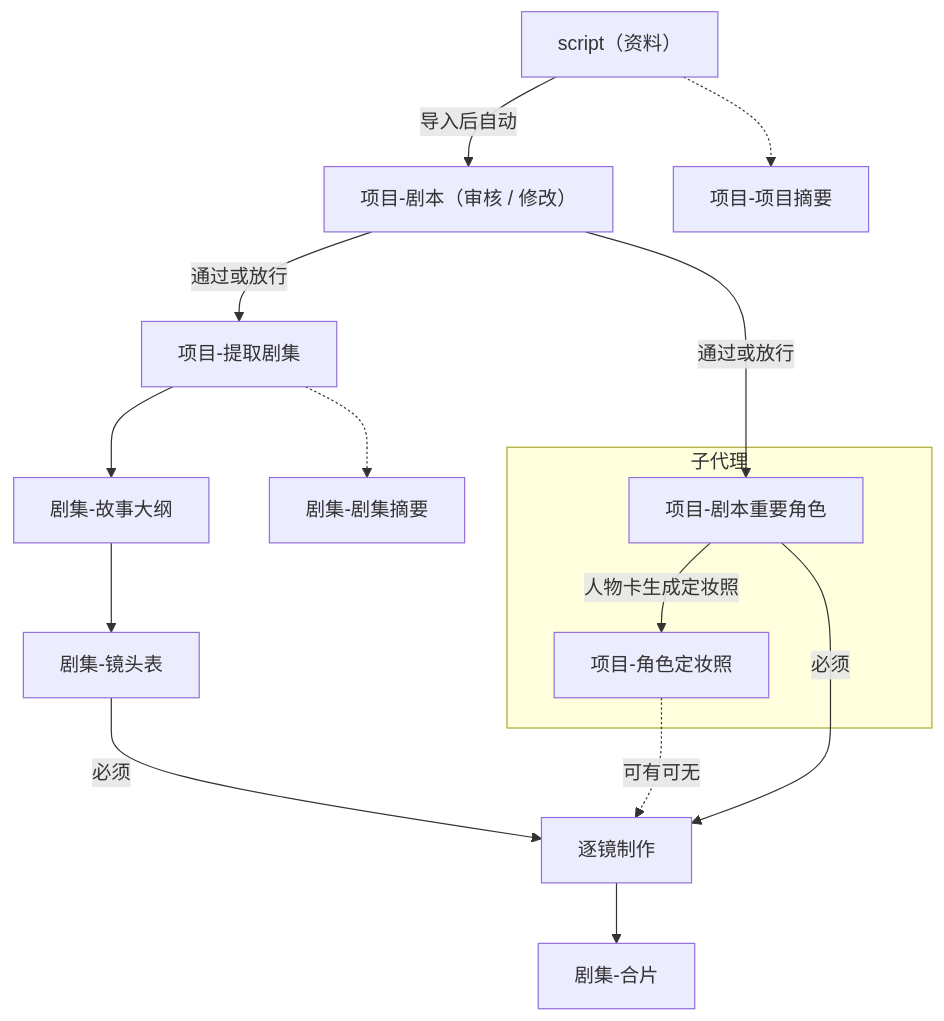
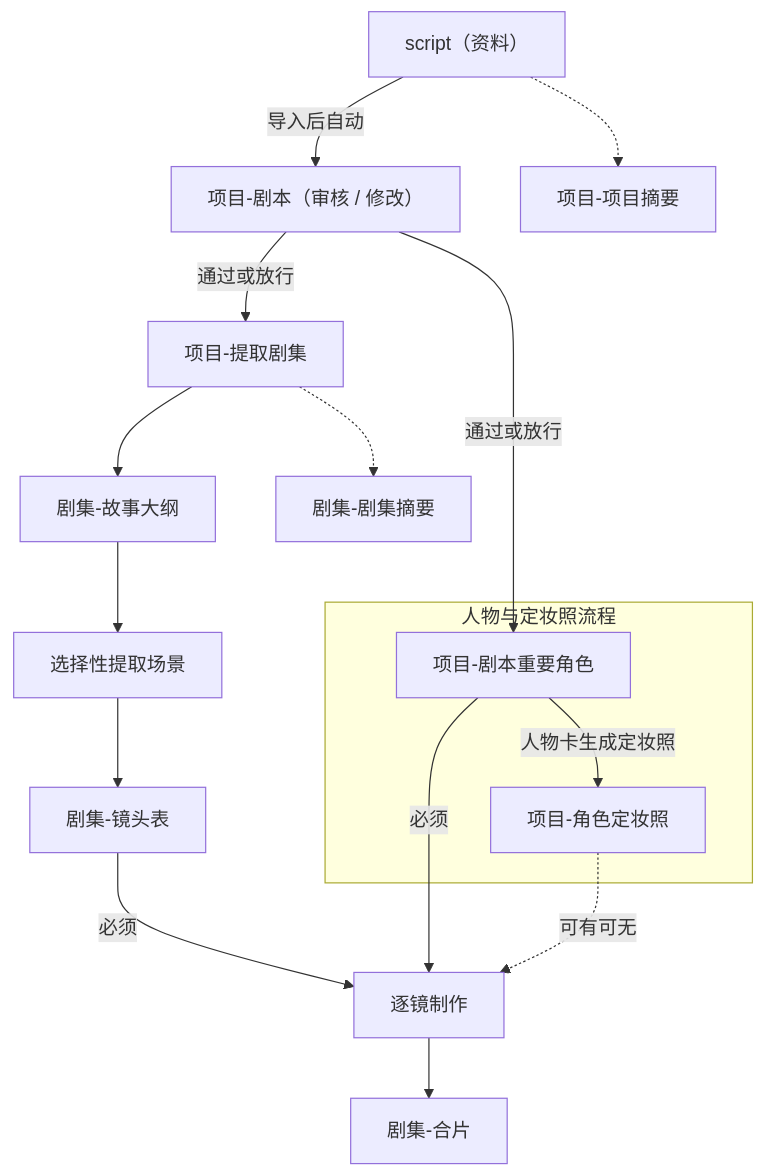
One commit to senbenyi/meiji-harness changed the first of 3 diagrams in meiji/dev_docs/制作工作流.md. Above: the diagram before and after it, drawn with Mermaid. The commit also changed other lines of this file and 98 other files, not shown here.

````diff
--- a/meiji/dev_docs/制作工作流.md
+++ b/meiji/dev_docs/制作工作流.md
@@ -38,29 +38,29 @@
 ```mermaid
 flowchart TD
   script["script（资料）"]
   review["项目-剧本（审核 / 修改）"]
   split["项目-提取剧集"]
   outline["剧集-故事大纲"]
   board["剧集-镜头表"]
   shot["逐镜制作"]
   asm["剧集-合片"]
   psum["项目-项目摘要"]
   esum["剧集-剧集摘要"]
 
-  subgraph cast["子代理"]
+  subgraph cast["人物与定妆照流程"]
     people["项目-剧本重要角色"]
     look["项目-角色定妆照"]
     people -->|人物卡生成定妆照| look
   end
 
   script -->|导入后自动| review
   review -->|通过或放行| split
-  split --> outline --> board
+  split --> outline --> scenes["选择性提取场景"] --> board
   review -->|通过或放行| people
   board -->|必须| shot
   people -->|必须| shot
   look -.->|可有可无| shot
   shot --> asm
   script -.-> psum
   split -.-> esum
 ```
````
